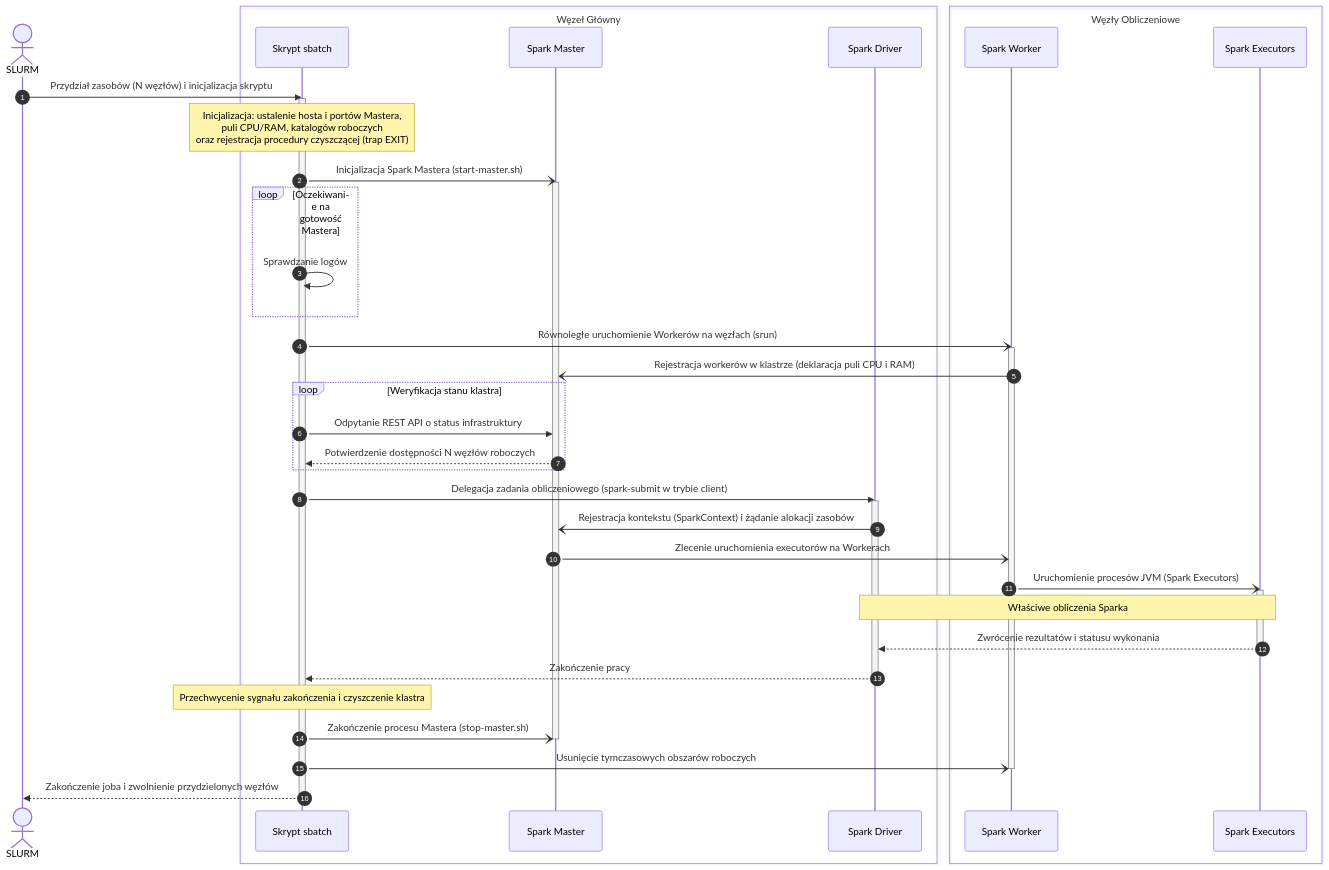
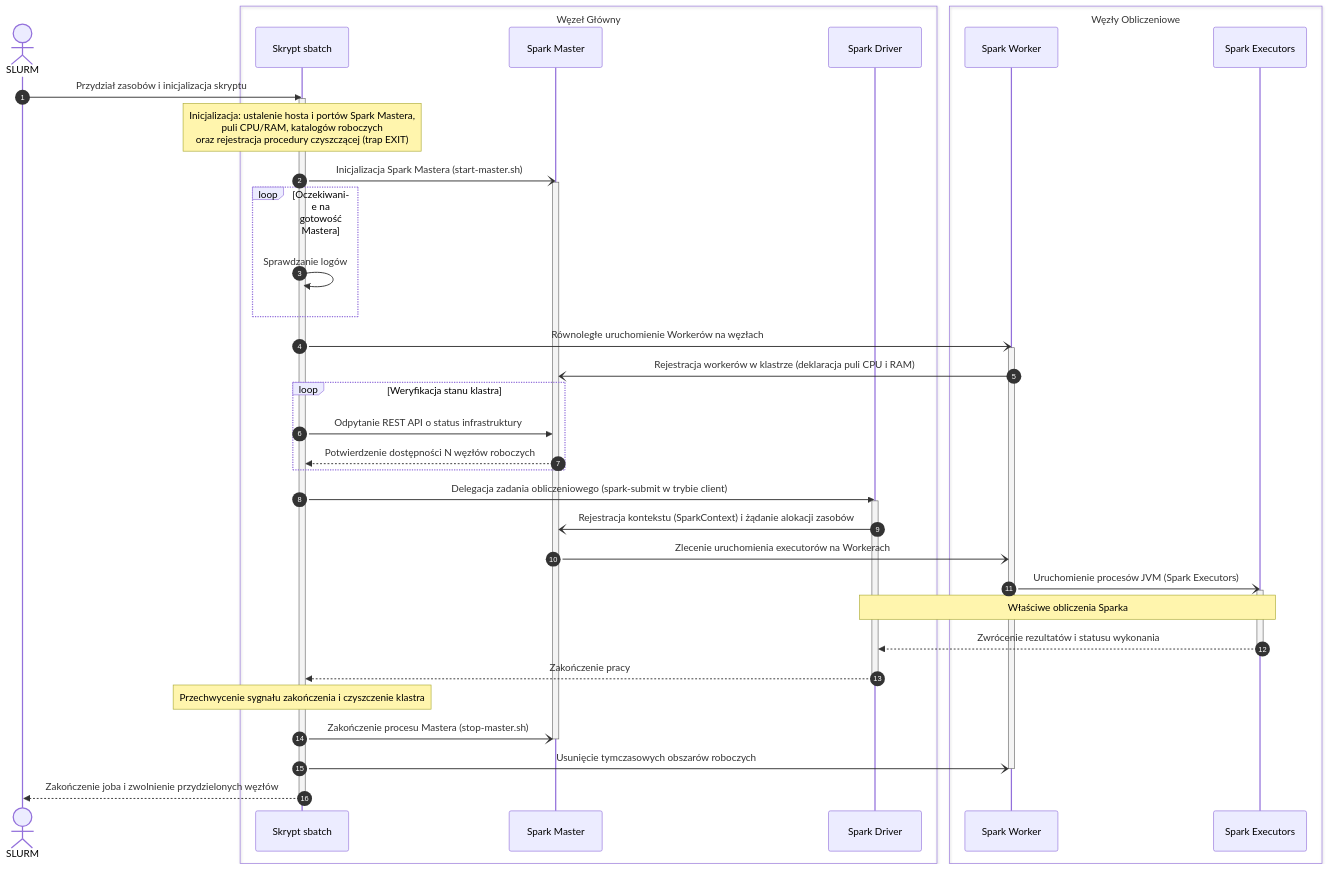
One commit to natix-x/clustering-algorithms-benchmark changed the third of 4 diagrams in README.md. Above: the diagram before and after it, drawn with Mermaid. The commit also changed other lines of this file and 4 other files, not shown here.

````diff
--- a/README.md
+++ b/README.md
@@ -159,58 +159,58 @@
 ```mermaid
 sequenceDiagram
   autonumber
   actor SLURM as SLURM
 
   box Węzeł Główny 
     participant Script as Skrypt sbatch
     participant Master as Spark Master
     participant App as Spark Driver
   end
 
   box Węzły Obliczeniowe 
     participant Workers as Spark Worker
     participant Executors as Spark Executors
   end
 
-  SLURM->>Script: Przydział zasobów (N węzłów) i inicjalizacja skryptu
+  SLURM->>Script: Przydział zasobów i inicjalizacja skryptu
   activate Script
-  Note over Script: Inicjalizacja: ustalenie hosta i portów Mastera,<br/>puli CPU/RAM, katalogów roboczych<br/>oraz rejestracja procedury czyszczącej (trap EXIT)
+  Note over Script: Inicjalizacja: ustalenie hosta i portów Spark Mastera,<br/>puli CPU/RAM, katalogów roboczych<br/>oraz rejestracja procedury czyszczącej (trap EXIT)
 
   Script-)Master: Inicjalizacja Spark Mastera (start-master.sh)
   activate Master
 
   loop Oczekiwanie na gotowość Mastera
     Script->>Script: Sprawdzanie logów 
   end
 
-  Script-)Workers: Równoległe uruchomienie Workerów na węzłach (srun)
+  Script-)Workers: Równoległe uruchomienie Workerów na węzłach
   activate Workers
   Workers-)Master: Rejestracja workerów w klastrze (deklaracja puli CPU i RAM)
 
   loop Weryfikacja stanu klastra
     Script->>Master: Odpytanie REST API o status infrastruktury
     Master-->>Script: Potwierdzenie dostępności N węzłów roboczych
   end
 
   Script->>App: Delegacja zadania obliczeniowego (spark-submit w trybie client)
   activate App
   App-)Master: Rejestracja kontekstu (SparkContext) i żądanie alokacji zasobów
   Master-)Workers: Zlecenie uruchomienia executorów na Workerach
   Workers-)Executors: Uruchomienie procesów JVM (Spark Executors)
   activate Executors
 
   Note over App,Executors: Właściwe obliczenia Sparka
 
   Executors-->>App: Zwrócenie rezultatów i statusu wykonania
   deactivate Executors
   App-->>Script: Zakończenie pracy
   deactivate App
 
   Note over Script: Przechwycenie sygnału zakończenia i czyszczenie klastra
   Script-)Master: Zakończenie procesu Mastera (stop-master.sh)
   deactivate Master
   Script-)Workers: Usunięcie tymczasowych obszarów roboczych
   deactivate Workers
   Script-->>SLURM: Zakończenie joba i zwolnienie przydzielonych węzłów
   deactivate Script
 ```
````
